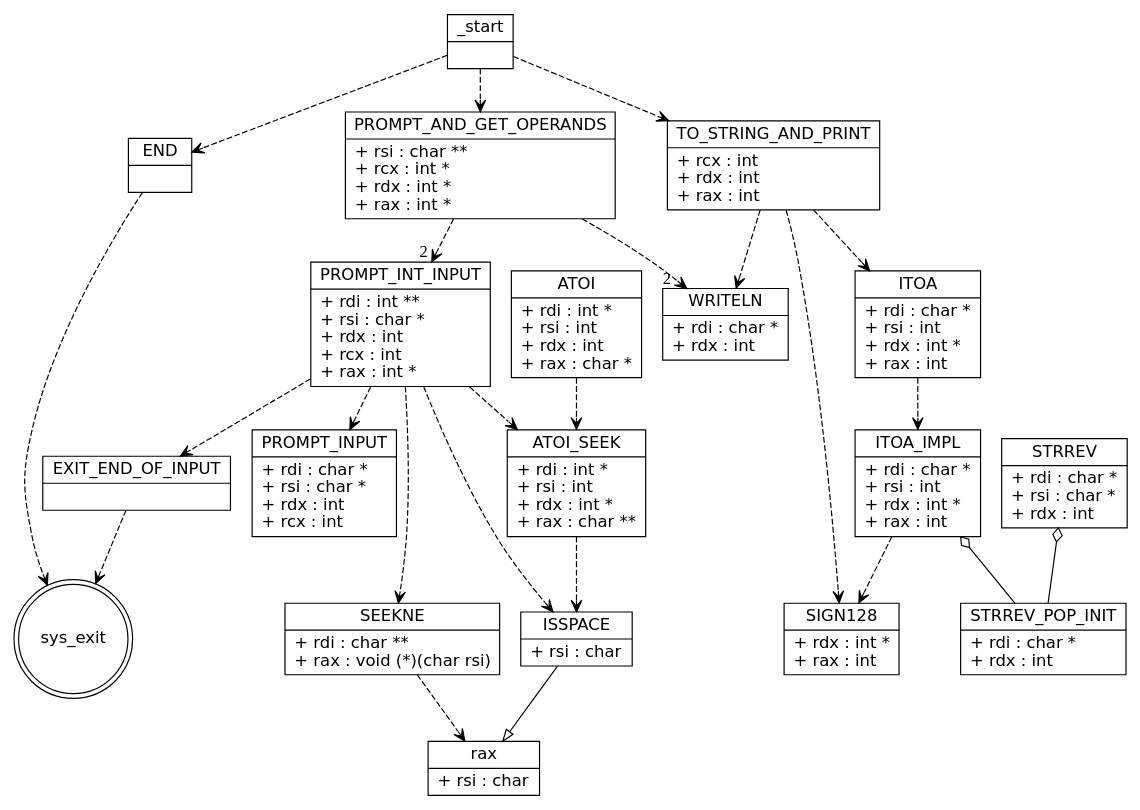
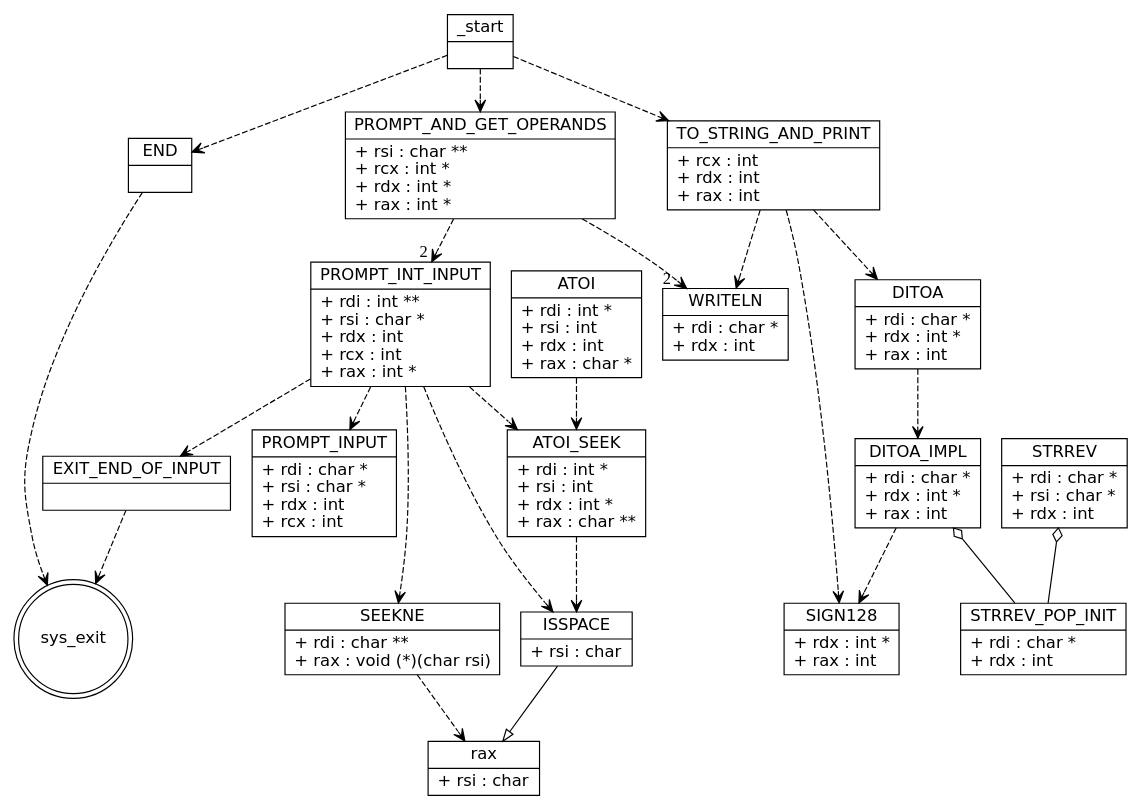
One commit to lduran2/computer_architecture-projects changed the diagram in x86-calc/umllike.dot. Above: the diagram before and after it, drawn with Graphviz. The commit also changed 2 other files, not shown here.

Commit message:
[x86-calc] optimize ITOA for decimal integers

```diff
--- a/x86-calc/umllike.dot
+++ b/x86-calc/umllike.dot
@@ -1,172 +1,172 @@
 /* Note that this is not exactly a UML diagram.
    Rather, it treats functions as classes
    with their parameters as public fields.
  */
 
 digraph x86calc {
     node [
         shape = "record",
         fontname = "Verdana,DejaVu Sans,Bitstream Vera Sans"
     ];
 
     _start [
         label = "{\N|}"
     ];
 
     END [
         label = "{\N|}"
     ];
 
     PROMPT_AND_GET_OPERANDS [
         label = "{\N|+ rsi : char **\l+ rcx : int *\l+ rdx : int *\l+ rax : int *\l}"
     ];
 
     TO_STRING_AND_PRINT [
         label = "{\N|+ rcx : int\l+ rdx : int\l+ rax : int\l}"
     ];
 
     PROMPT_INT_INPUT [
         label = "{\N|+ rdi : int **\l+ rsi : char *\l+ rdx : int\l+ rcx : int\l+ rax : int *\l}"
     ];
 
     WRITELN [
         label = "{\N|+ rdi : char *\l+ rdx : int\l}"
     ];
 
     PROMPT_INPUT [
         label = "{\N|+ rdi : char *\l+ rsi : char *\l+ rdx : int\l+ rcx : int\l}"
     ];
 
     SEEKNE [
         label = "{\N|+ rdi : char **\l+ rax : void (*)(char rsi)\l}"
     ];
 
     rax [
         label = "{\N|+ rsi : char\l}"
     ];
 
     ATOI [
         label = "{\N|+ rdi : int *\l+ rsi : int\l+ rdx : int\l+ rax : char *\l}"
     ];
 
     ATOI_SEEK [
         label = "{\N|+ rdi : int *\l+ rsi : int\l+ rdx : int *\l+ rax : char **\l}"
     ];
 
     ISSPACE [
         label = "{\N|+ rsi : char\l}"
     ];
 
-    ITOA [
-        label = "{\N|+ rdi : char *\l+ rsi : int\l+ rdx : int *\l+ rax : int\l}"
+    DITOA [
+        label = "{\N|+ rdi : char *\l+ rdx : int *\l+ rax : int\l}"
     ];
  
-    ITOA_IMPL [
-        label = "{\N|+ rdi : char *\l+ rsi : int\l+ rdx : int *\l+ rax : int\l}"
+    DITOA_IMPL [
+        label = "{\N|+ rdi : char *\l+ rdx : int *\l+ rax : int\l}"
     ];
 
     SIGN128 [
         label = "{\N|+ rdx : int *\l+ rax : int\l}"
     ];
 
     STRREV [
         label = "{\N|+ rdi : char *\l+ rsi : char *\l+ rdx : int\l}"
     ];
 
     STRREV_POP_INIT [
         label = "{\N|+ rdi : char *\l+ rdx : int\l}"
     ];
  
     EXIT_END_OF_INPUT [
         label = "{\N|}"
     ];
 
     sys_exit [
         shape = "doublecircle"
     ]
 
     _start -> PROMPT_AND_GET_OPERANDS [
         style="dashed", arrowhead="vee"
     ];
     _start -> TO_STRING_AND_PRINT [
         style="dashed", arrowhead="vee"
     ];
     _start -> END [
         style="dashed", arrowhead="vee"
     ];
 
     END -> sys_exit [
         style="dashed", arrowhead="vee"
     ];
 
     PROMPT_AND_GET_OPERANDS -> PROMPT_INT_INPUT [
         style="dashed", arrowhead="vee",
         headlabel="2 "
     ];
     PROMPT_AND_GET_OPERANDS -> WRITELN [
         style="dashed", arrowhead="vee",
         headlabel="2   "
     ];
 
     TO_STRING_AND_PRINT -> SIGN128 [
         style="dashed", arrowhead="vee"
     ];
-    TO_STRING_AND_PRINT -> ITOA [
+    TO_STRING_AND_PRINT -> DITOA [
         style="dashed", arrowhead="vee"
     ];
     TO_STRING_AND_PRINT -> WRITELN [
         style="dashed", arrowhead="vee"
     ];
 
     PROMPT_INT_INPUT -> PROMPT_INPUT [
         style="dashed", arrowhead="vee"
     ];
     PROMPT_INT_INPUT -> ISSPACE [
         style="dashed", arrowhead="vee"
     ];
     PROMPT_INT_INPUT -> SEEKNE [
         style="dashed", arrowhead="vee"
     ];
     PROMPT_INT_INPUT -> EXIT_END_OF_INPUT [
         style="dashed", arrowhead="vee"
     ];
     PROMPT_INT_INPUT -> ATOI_SEEK [
         style="dashed", arrowhead="vee"
     ];
 
     EXIT_END_OF_INPUT -> sys_exit [
         style="dashed", arrowhead="vee"
     ];
 
     SEEKNE -> rax [
         style="dashed", arrowhead="vee"
     ];
 
     ISSPACE -> rax [
         arrowhead="empty"
     ];
 
     ATOI -> ATOI_SEEK [
         style="dashed", arrowhead="vee"
     ];
 
     ATOI_SEEK -> ISSPACE [
         style="dashed", arrowhead="vee"
     ];
 
-    ITOA -> ITOA_IMPL [
+    DITOA -> DITOA_IMPL [
         style="dashed", arrowhead="vee"
     ];
 
-    ITOA_IMPL -> SIGN128 [
+    DITOA_IMPL -> SIGN128 [
         style="dashed", arrowhead="vee"
     ];
-    ITOA_IMPL -> STRREV_POP_INIT [
+    DITOA_IMPL -> STRREV_POP_INIT [
         dir="back", arrowtail="odiamond"
     ];
 
     STRREV -> STRREV_POP_INIT [
         dir="back", arrowtail="odiamond"
     ];
 
 }
```
